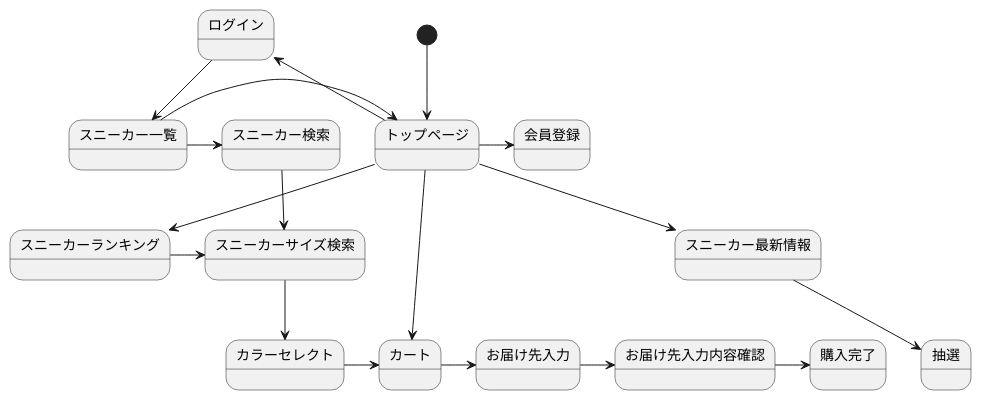
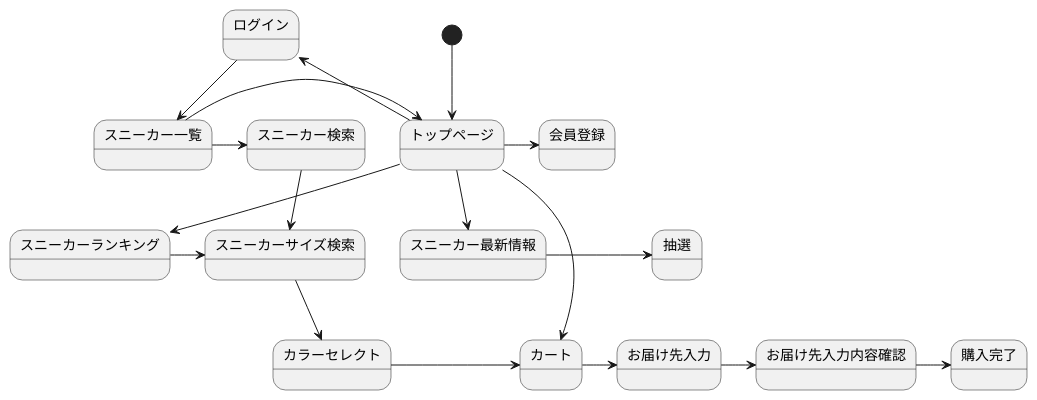
The diagram in kadai12.md (Aso2001379/2021sys-desing), drawn with PlantUML before and after one commit.

````diff
--- a/kadai12.md
+++ b/kadai12.md
@@ -1,21 +1,21 @@
 ```uml
 @startuml
 [*] --> トップページ
 トップページ -> 会員登録
 トップページ -left--> ログイン
 トップページ --> スニーカー最新情報
-スニーカー最新情報 --> 抽選
+スニーカー最新情報 -> 抽選
 トップページ --> スニーカーランキング
 スニーカーランキング -> スニーカーサイズ検索
 ログイン --> スニーカー一覧
 スニーカー一覧 -> スニーカー検索
 スニーカー一覧 -> トップページ
 スニーカー検索 --> スニーカーサイズ検索
 スニーカーサイズ検索 --> カラーセレクト
 カラーセレクト -> カート
 トップページ --> カート
 カート -> お届け先入力
 お届け先入力 -> お届け先入力内容確認
 お届け先入力内容確認 -> 購入完了
 @enduml
 ```
````
